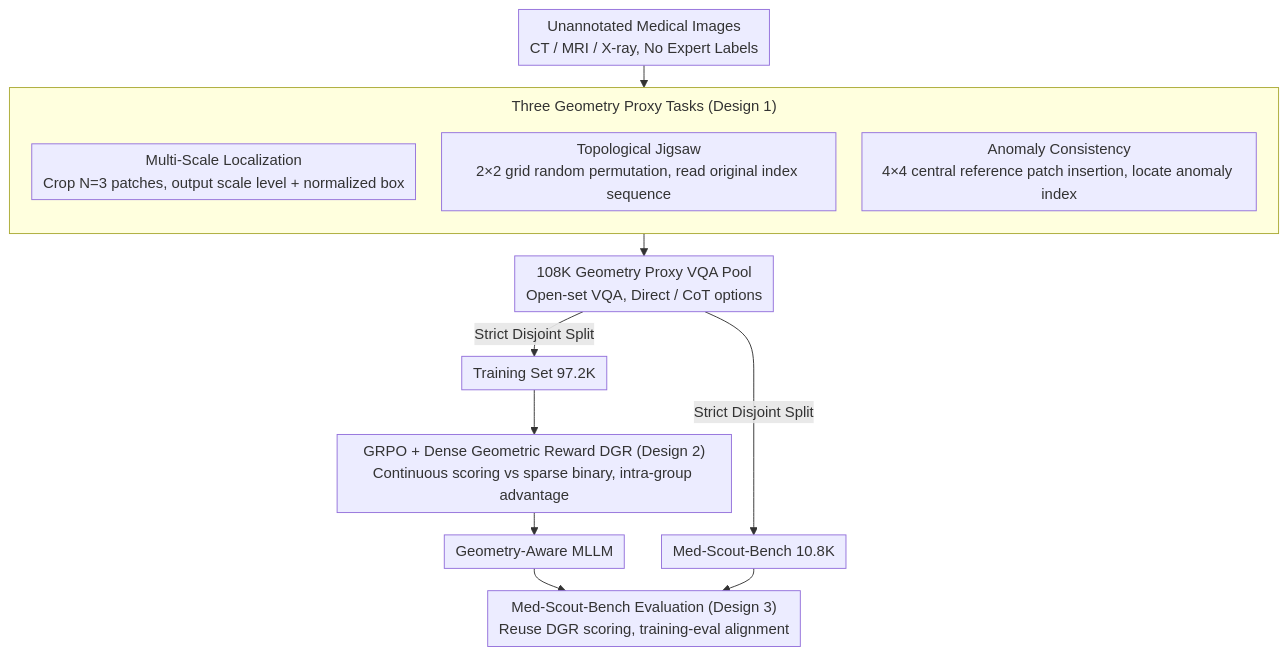
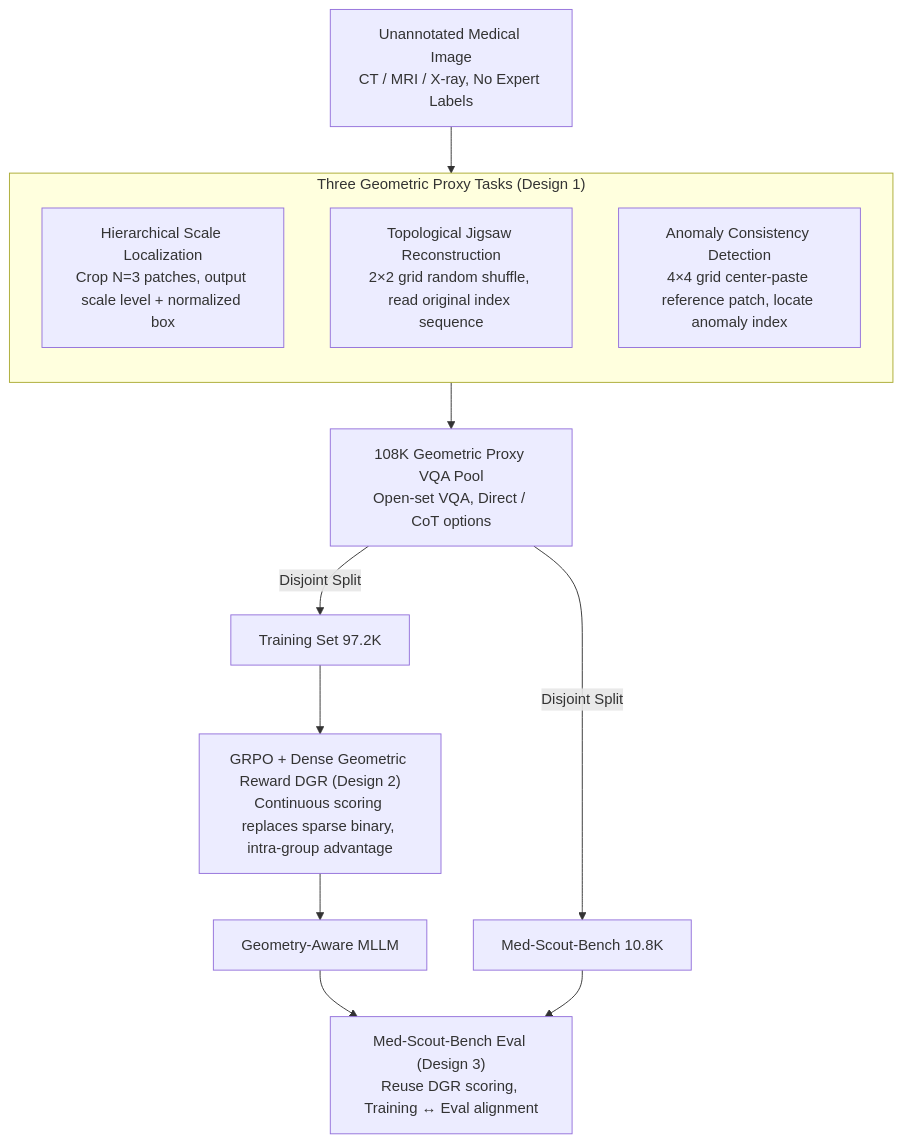
Before and after one commit to zhaoyang97/Paper-Notes-en: the diagram in docs/ICML2026/multimodal_vlm/med-scout_curing_mllms_geometric_blindness_in_medical_perception_via_geometry-aw.md, drawn with Mermaid. The commit also changed other lines of this file and 5084 other files, not shown here.

````diff
--- a/docs/ICML2026/multimodal_vlm/med-scout_curing_mllms_geometric_blindness_in_medical_perception_via_geometry-aw.md
+++ b/docs/ICML2026/multimodal_vlm/med-scout_curing_mllms_geometric_blindness_in_medical_perception_via_geometry-aw.md
@@ -42,19 +42,18 @@
 ```mermaid
-%%{init: {'flowchart': {'rankSpacing': 24, 'nodeSpacing': 28, 'padding': 6, 'wrappingWidth': 400, 'subGraphTitleMargin': {'top': 8, 'bottom': 16}}}}%%
-flowchart TD
-    A["Unannotated Medical Images<br/>CT / MRI / X-ray, No Expert Labels"]
-    subgraph PROXY["Three Geometry Proxy Tasks (Design 1)"]
+graph TD
+    A["Unannotated Medical Image<br/>CT / MRI / X-ray, No Expert Labels"]
+    subgraph PROXY["Three Geometric Proxy Tasks (Design 1)"]
         direction TB
-        B1["Multi-Scale Localization<br/>Crop N=3 patches, output scale level + normalized box"]
-        B2["Topological Jigsaw<br/>2×2 grid random permutation, read original index sequence"]
-        B3["Anomaly Consistency<br/>4×4 central reference patch insertion, locate anomaly index"]
+        B1["Hierarchical Scale Localization<br/>Crop N=3 patches, output scale level + normalized box"]
+        B2["Topological Jigsaw Reconstruction<br/>2×2 grid random shuffle, read original index sequence"]
+        B3["Anomaly Consistency Detection<br/>4×4 grid center-paste reference patch, locate anomaly index"]
     end
     A --> PROXY
-    PROXY --> C["108K Geometry Proxy VQA Pool<br/>Open-set VQA, Direct / CoT options"]
-    C -->|Strict Disjoint Split| D["Training Set 97.2K"]
-    C -->|Strict Disjoint Split| E["Med-Scout-Bench 10.8K"]
-    D --> F["GRPO + Dense Geometric Reward DGR (Design 2)<br/>Continuous scoring vs sparse binary, intra-group advantage"]
+    PROXY --> C["108K Geometric Proxy VQA Pool<br/>Open-set VQA, Direct / CoT options"]
+    C -->|Disjoint Split| D["Training Set 97.2K"]
+    C -->|Disjoint Split| E["Med-Scout-Bench 10.8K"]
+    D --> F["GRPO + Dense Geometric Reward DGR (Design 2)<br/>Continuous scoring replaces sparse binary, intra-group advantage"]
     F --> G["Geometry-Aware MLLM"]
-    G --> H["Med-Scout-Bench Evaluation (Design 3)<br/>Reuse DGR scoring, training-eval alignment"]
+    G --> H["Med-Scout-Bench Eval (Design 3)<br/>Reuse DGR scoring, Training ↔ Eval alignment"]
     E --> H
 ```
````
